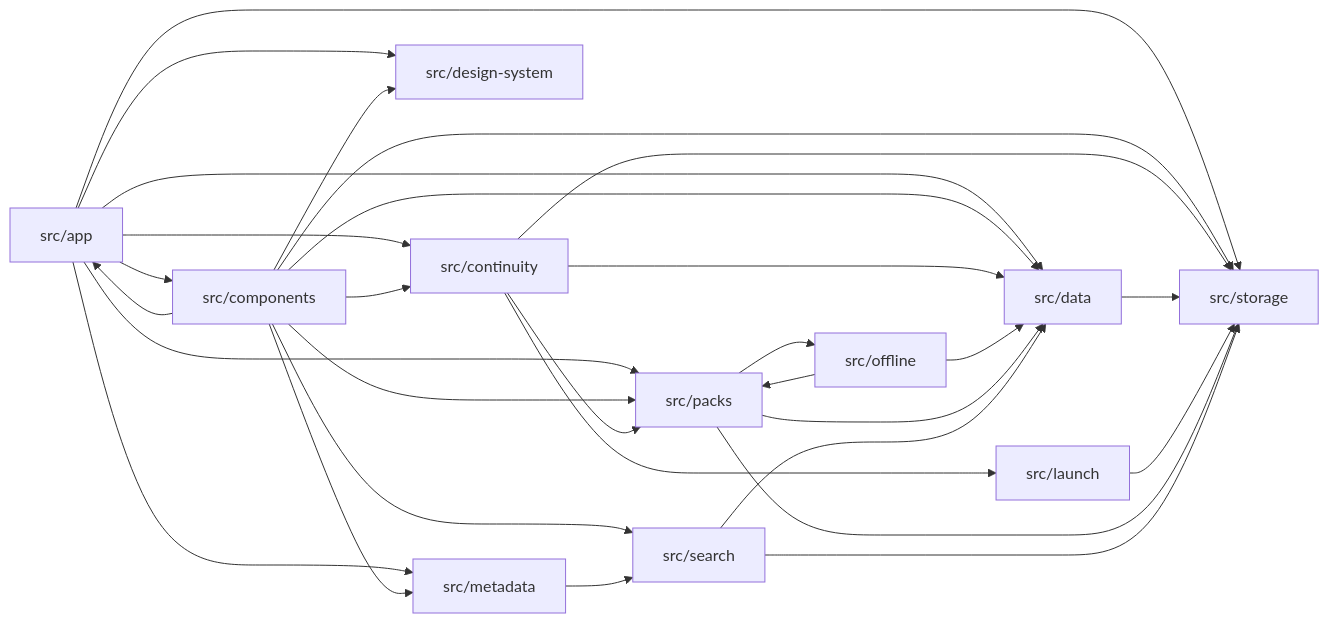
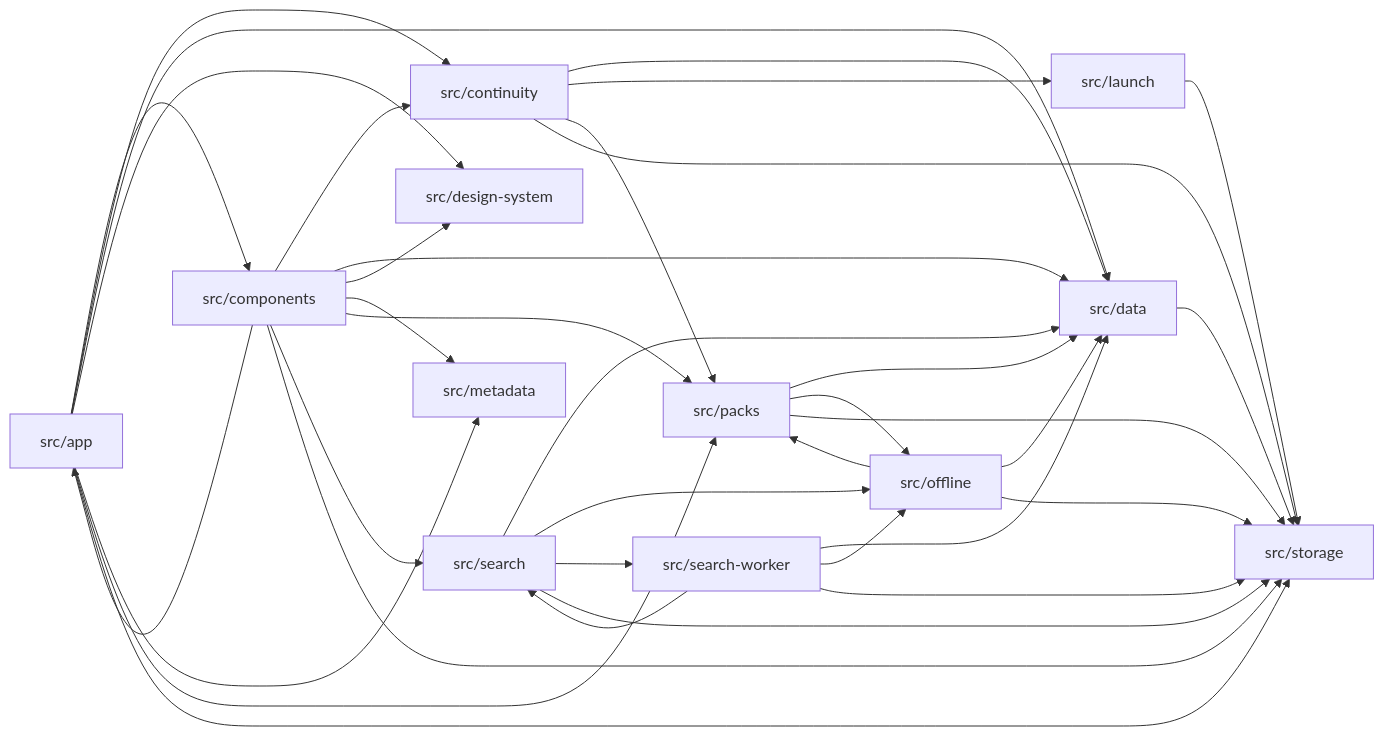
One commit to Omar-MD/QuranAtlas changed the diagram in docs/context/module-graph.md. Above: the diagram before and after it, drawn with Mermaid. The commit also changed other lines of this file and 116 other files, not shown here.

````diff
--- a/docs/context/module-graph.md
+++ b/docs/context/module-graph.md
@@ -10,43 +10,50 @@
 ```mermaid
 graph LR
   src_app["src/app"]
   src_components["src/components"]
   src_continuity["src/continuity"]
   src_data["src/data"]
   src_design_system["src/design-system"]
   src_launch["src/launch"]
   src_metadata["src/metadata"]
   src_offline["src/offline"]
   src_packs["src/packs"]
   src_search["src/search"]
+  src_search_worker["src/search-worker"]
   src_storage["src/storage"]
   src_app --> src_components
   src_app --> src_continuity
   src_app --> src_data
   src_app --> src_design_system
   src_app --> src_metadata
   src_app --> src_packs
   src_app --> src_storage
   src_components --> src_app
   src_components --> src_continuity
   src_components --> src_data
   src_components --> src_design_system
   src_components --> src_metadata
   src_components --> src_packs
   src_components --> src_search
   src_components --> src_storage
   src_continuity --> src_data
   src_continuity --> src_launch
   src_continuity --> src_packs
   src_continuity --> src_storage
   src_data --> src_storage
   src_launch --> src_storage
-  src_metadata --> src_search
   src_offline --> src_data
   src_offline --> src_packs
+  src_offline --> src_storage
   src_packs --> src_data
   src_packs --> src_offline
   src_packs --> src_storage
   src_search --> src_data
+  src_search --> src_offline
+  src_search --> src_search_worker
   src_search --> src_storage
+  src_search_worker --> src_data
+  src_search_worker --> src_offline
+  src_search_worker --> src_search
+  src_search_worker --> src_storage
 ```
````
